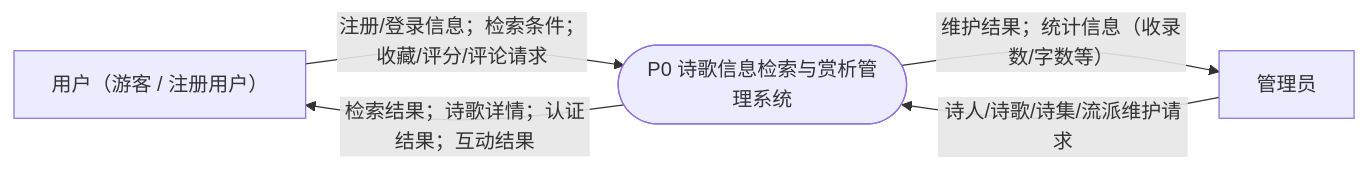
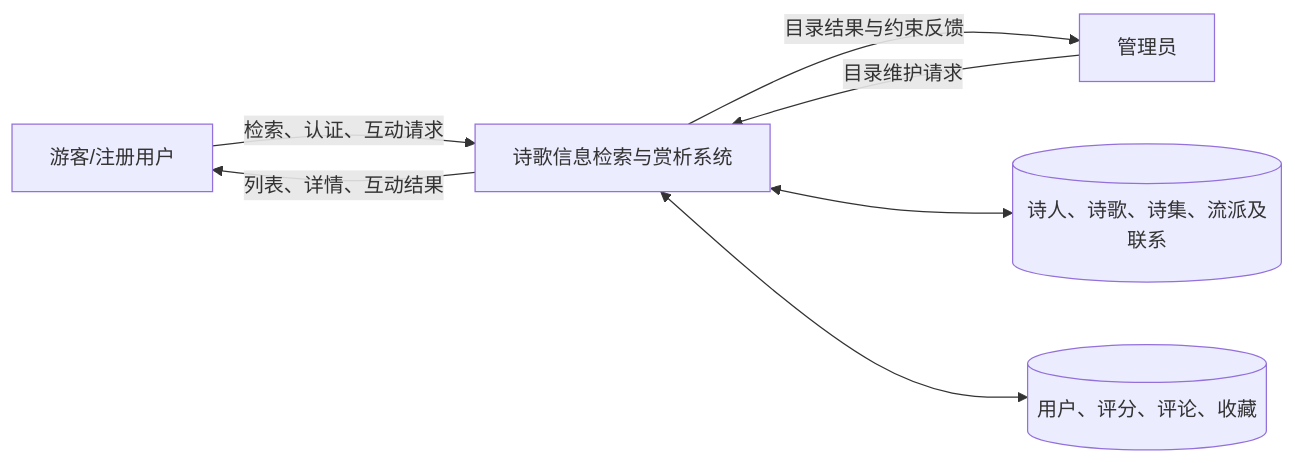
The diagram in docs/报告素材/01-需求分析.md (ocean-2514/database), drawn with Mermaid before and after one commit. The commit also changed other lines of this file and 82 other files, not shown here.

````diff
--- a/docs/报告素材/01-需求分析.md
+++ b/docs/报告素材/01-需求分析.md
@@ -42,10 +28,9 @@
 ```mermaid
 flowchart LR
-    U["用户（游客 / 注册用户）"]
-    A["管理员"]
-    S(["P0 诗歌信息检索与赏析管理系统"])
-    U -- "注册/登录信息；检索条件；收藏/评分/评论请求" --> S
-    S -- "检索结果；诗歌详情；认证结果；互动结果" --> U
-    A -- "诗人/诗歌/诗集/流派维护请求" --> S
-    S -- "维护结果；统计信息（收录数/字数等）" --> A
+    U[游客/注册用户] -->|检索、认证、互动请求| S[诗歌信息检索与赏析系统]
+    S -->|列表、详情、互动结果| U
+    A[管理员] -->|目录维护请求| S
+    S -->|目录结果与约束反馈| A
+    S <--> D1[(诗人、诗歌、诗集、流派及联系)]
+    S <--> D2[(用户、评分、评论、收藏)]
 ```
````
